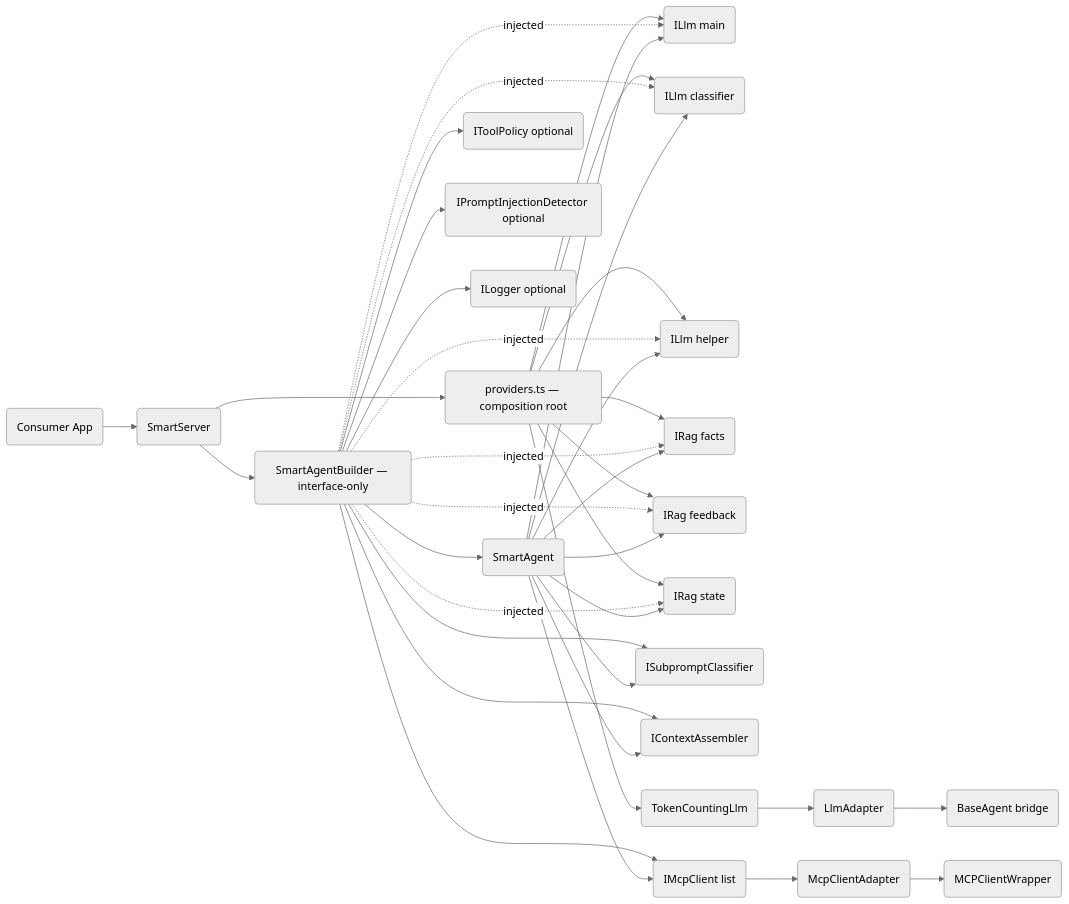
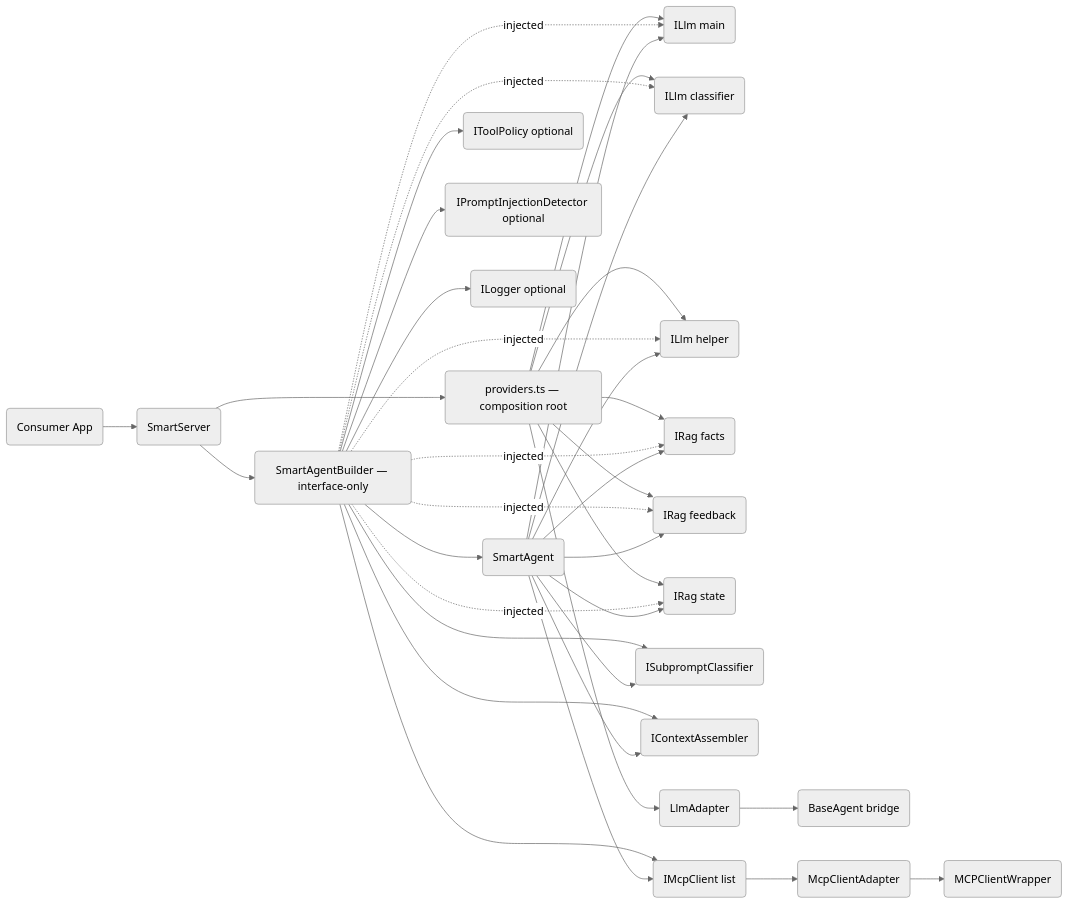
The first of 2 diagrams in docs/ARCHITECTURE.md (fr0ster/llm-agent), drawn with Mermaid (neutral theme) before and after one commit. The commit also changed other lines of this file and 4 other files, not shown here.

````diff
--- a/docs/ARCHITECTURE.md
+++ b/docs/ARCHITECTURE.md
@@ -31,44 +31,43 @@
 ```mermaid
 flowchart LR
   App("Consumer App") --> SS("SmartServer")
   SS --> P("providers.ts — composition root")
   P --> LMain("ILlm main")
   P --> LCls("ILlm classifier")
   P --> LHelp("ILlm helper")
   P --> RF("IRag facts")
   P --> RFB("IRag feedback")
   P --> RS("IRag state")
 
   SS --> B("SmartAgentBuilder — interface-only")
   B --> SA("SmartAgent")
 
   B -.->|injected| LMain
   B -.->|injected| LCls
   B -.->|injected| LHelp
   B -.->|injected| RF
   B -.->|injected| RFB
   B -.->|injected| RS
   B --> CfgC("ISubpromptClassifier")
   B --> Ctx("IContextAssembler")
   B --> MCPS("IMcpClient list")
   B --> TP("IToolPolicy optional")
   B --> ID("IPromptInjectionDetector optional")
   B --> LG("ILogger optional")
 
   SA --> LMain
   SA --> LCls
   SA --> LHelp
   SA --> CfgC
   SA --> Ctx
   SA --> MCPS
   SA --> RF
   SA --> RFB
   SA --> RS
 
-  P --> TC("TokenCountingLlm")
-  TC --> LA("LlmAdapter")
+  P --> LA("LlmAdapter")
   LA --> BA("BaseAgent bridge")
 
   MCPS --> MCA("McpClientAdapter")
   MCA --> MCPW("MCPClientWrapper")
 ```
````
